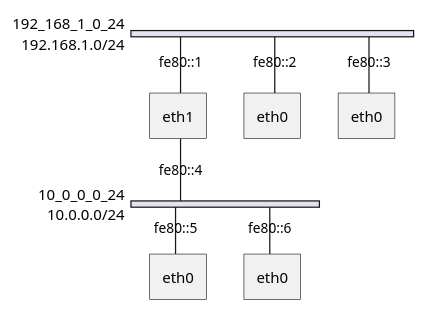
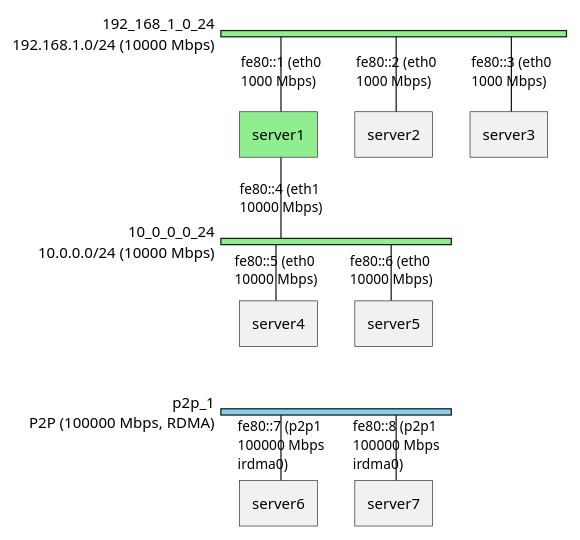
The diagram in PLANTUML_NWDIAG.md (kad/lldiscovery), drawn with PlantUML before and after one commit. The commit also changed other lines of this file and 5 other files, not shown here.

````diff
--- a/PLANTUML_NWDIAG.md
+++ b/PLANTUML_NWDIAG.md
@@ -55,18 +71,26 @@
 ```plantuml
 @startuml
 nwdiag {
   network 192_168_1_0_24 {
-    address = "192.168.1.0/24"
-    server1 [address = "fe80::1", description = "eth0"];
-    server2 [address = "fe80::2", description = "eth0"];
-    server3 [address = "fe80::3", description = "eth0"];
+    address = "192.168.1.0/24 (10000 Mbps)"
+    color = "#90EE90"
+    server1 [address = "fe80::1 (eth0, 1000 Mbps)", description = "server1", color = "#90EE90"];
+    server2 [address = "fe80::2 (eth0, 1000 Mbps)", description = "server2"];
+    server3 [address = "fe80::3 (eth0, 1000 Mbps)", description = "server3"];
   }
   network 10_0_0_0_24 {
-    address = "10.0.0.0/24"
-    server1 [address = "fe80::4", description = "eth1"];
-    server4 [address = "fe80::5", description = "eth0"];
-    server5 [address = "fe80::6", description = "eth0"];
+    address = "10.0.0.0/24 (10000 Mbps)"
+    color = "#90EE90"
+    server1 [address = "fe80::4 (eth1, 10000 Mbps)", description = "server1", color = "#90EE90"];
+    server4 [address = "fe80::5 (eth0, 10000 Mbps)", description = "server4"];
+    server5 [address = "fe80::6 (eth0, 10000 Mbps)", description = "server5"];
+  }
+  network p2p_1 {
+    address = "P2P (100000 Mbps, RDMA)"
+    color = "#87CEEB"
+    server6 [address = "fe80::7 (p2p1, 100000 Mbps, irdma0)", description = "server6"];
+    server7 [address = "fe80::8 (p2p1, 100000 Mbps, irdma0)", description = "server7"];
   }
 }
 @enduml
 ```
````
